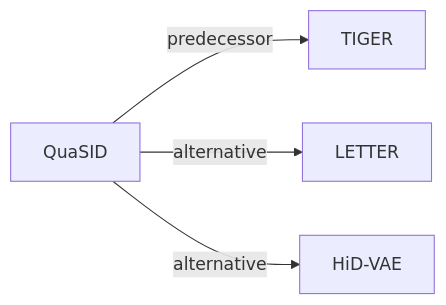
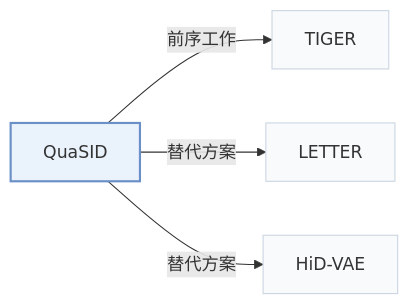
One commit to Galaxy-ghost/Awesome-SID-Generative-Rec changed the second of 2 diagrams in pages/zh/papers/quasid.md. Above: the diagram before and after it, drawn with Mermaid. The commit also changed other lines of this file and 649 other files, not shown here.

Commit message:
writer-05: also tags and modality index (schema, check, build, visuals); summary field removed; calibration data for 12 papers

````diff
--- a/pages/zh/papers/quasid.md
+++ b/pages/zh/papers/quasid.md
@@ -68,7 +74,11 @@
 ```mermaid
 flowchart LR
     P["QuaSID"]
-    P -->|predecessor| A["TIGER"]
-    P -->|alternative| B["LETTER"]
-    P -->|alternative| C["HiD-VAE"]
+    P -->|"前序工作"| A["TIGER"]
+    P -->|"替代方案"| B["LETTER"]
+    P -->|"替代方案"| C["HiD-VAE"]
+    classDef main fill:#eaf2fb,stroke:#6b8fc7,stroke-width:2px
+    classDef peer fill:#f8fafc,stroke:#cbd5e1
+    class P main
+    class A,B,C peer
 ```
````
